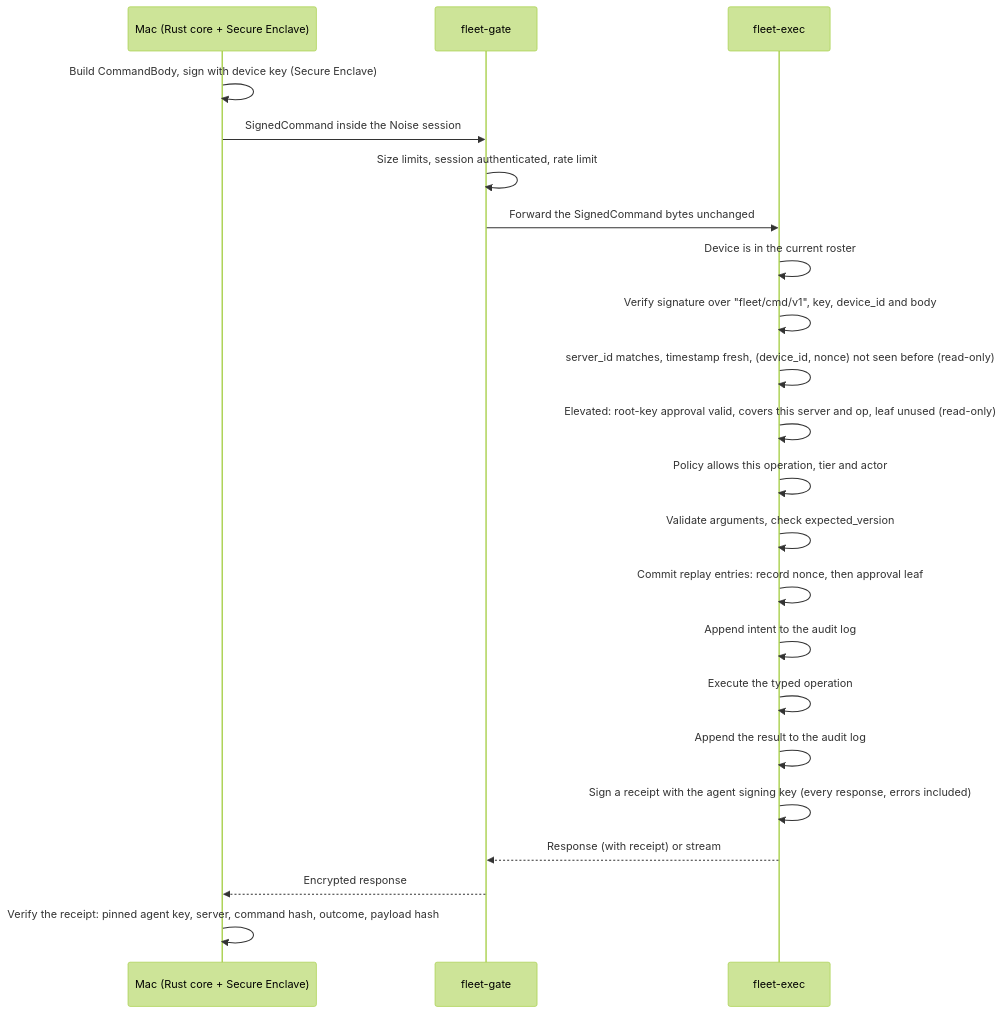
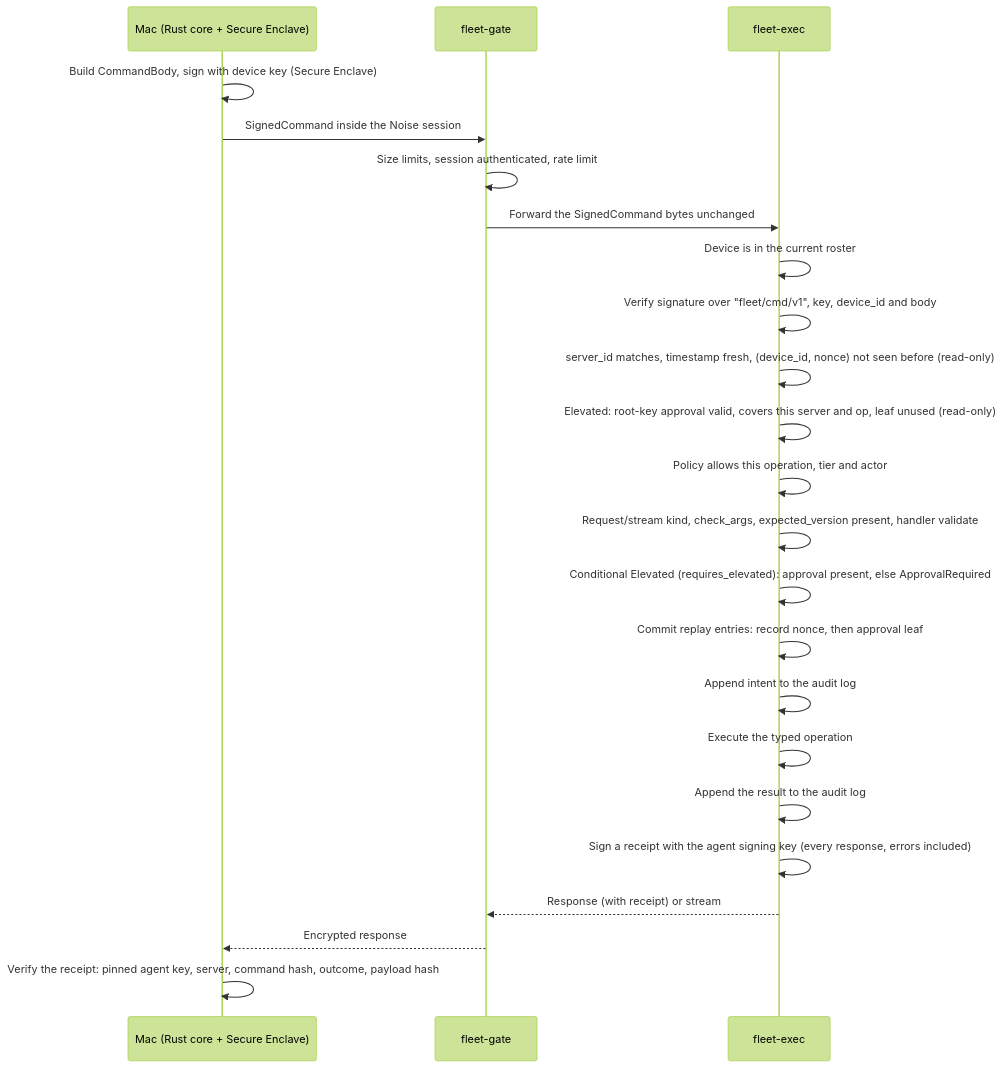
Before and after one commit to fenek-dev/fleet: the second of 3 diagrams in docs/design.md, drawn with Mermaid (forest theme). The commit also changed other lines of this file and 31 other files, not shown here.

````diff
--- a/docs/design.md
+++ b/docs/design.md
@@ -622,24 +633,25 @@
 ```mermaid
 sequenceDiagram
     participant M as Mac (Rust core + Secure Enclave)
     participant G as fleet-gate
     participant E as fleet-exec
     M->>M: Build CommandBody, sign with device key (Secure Enclave)
     M->>G: SignedCommand inside the Noise session
     G->>G: Size limits, session authenticated, rate limit
     G->>E: Forward the SignedCommand bytes unchanged
     E->>E: Device is in the current roster
     E->>E: Verify signature over "fleet/cmd/v1", key, device_id and body
     E->>E: server_id matches, timestamp fresh, (device_id, nonce) not seen before (read-only)
     E->>E: Elevated: root-key approval valid, covers this server and op, leaf unused (read-only)
     E->>E: Policy allows this operation, tier and actor
-    E->>E: Validate arguments, check expected_version
+    E->>E: Request/stream kind, check_args, expected_version present, handler validate
+    E->>E: Conditional Elevated (requires_elevated): approval present, else ApprovalRequired
     E->>E: Commit replay entries: record nonce, then approval leaf
     E->>E: Append intent to the audit log
     E->>E: Execute the typed operation
     E->>E: Append the result to the audit log
     E->>E: Sign a receipt with the agent signing key (every response, errors included)
     E-->>G: Response (with receipt) or stream
     G-->>M: Encrypted response
     M->>M: Verify the receipt: pinned agent key, server, command hash, outcome, payload hash
 ```
````
